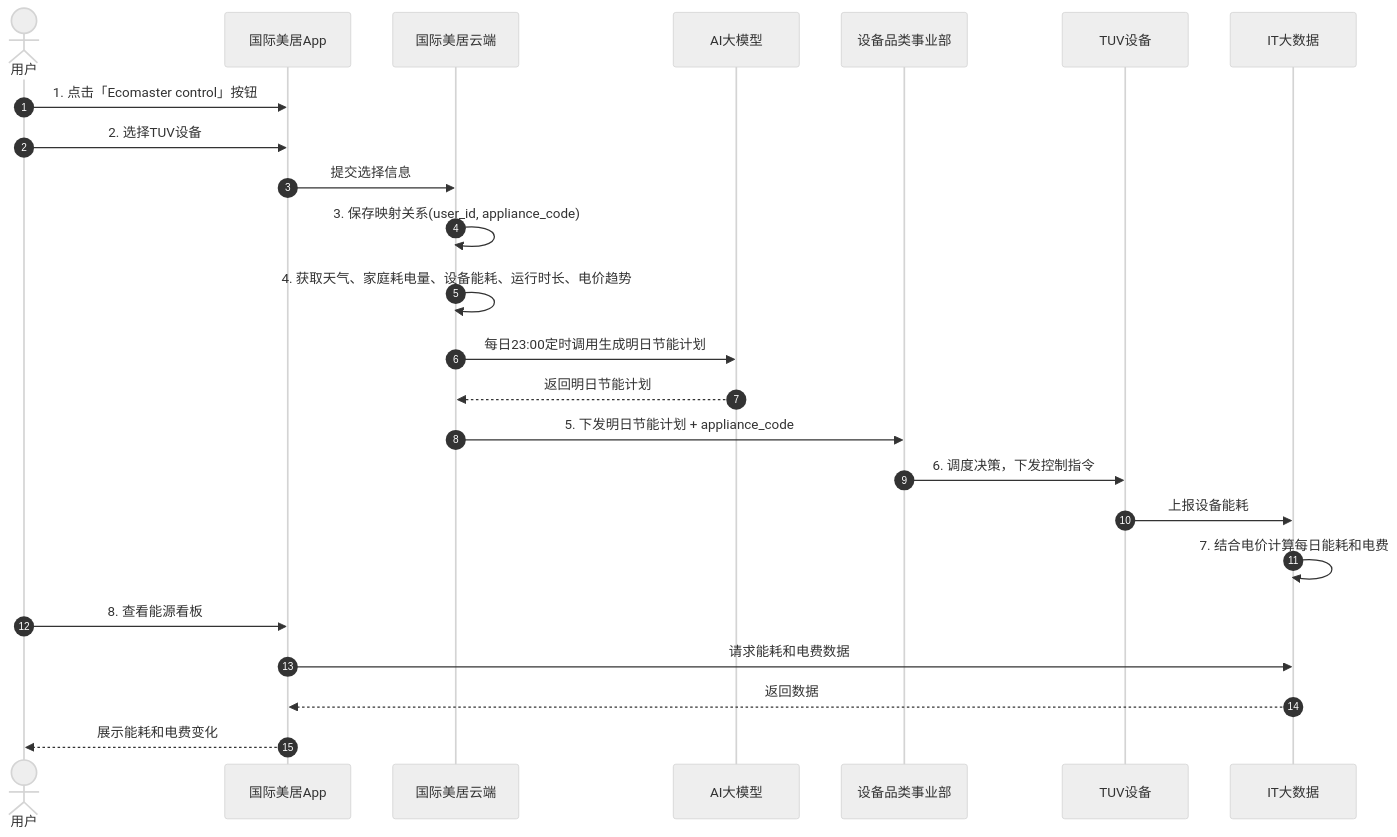
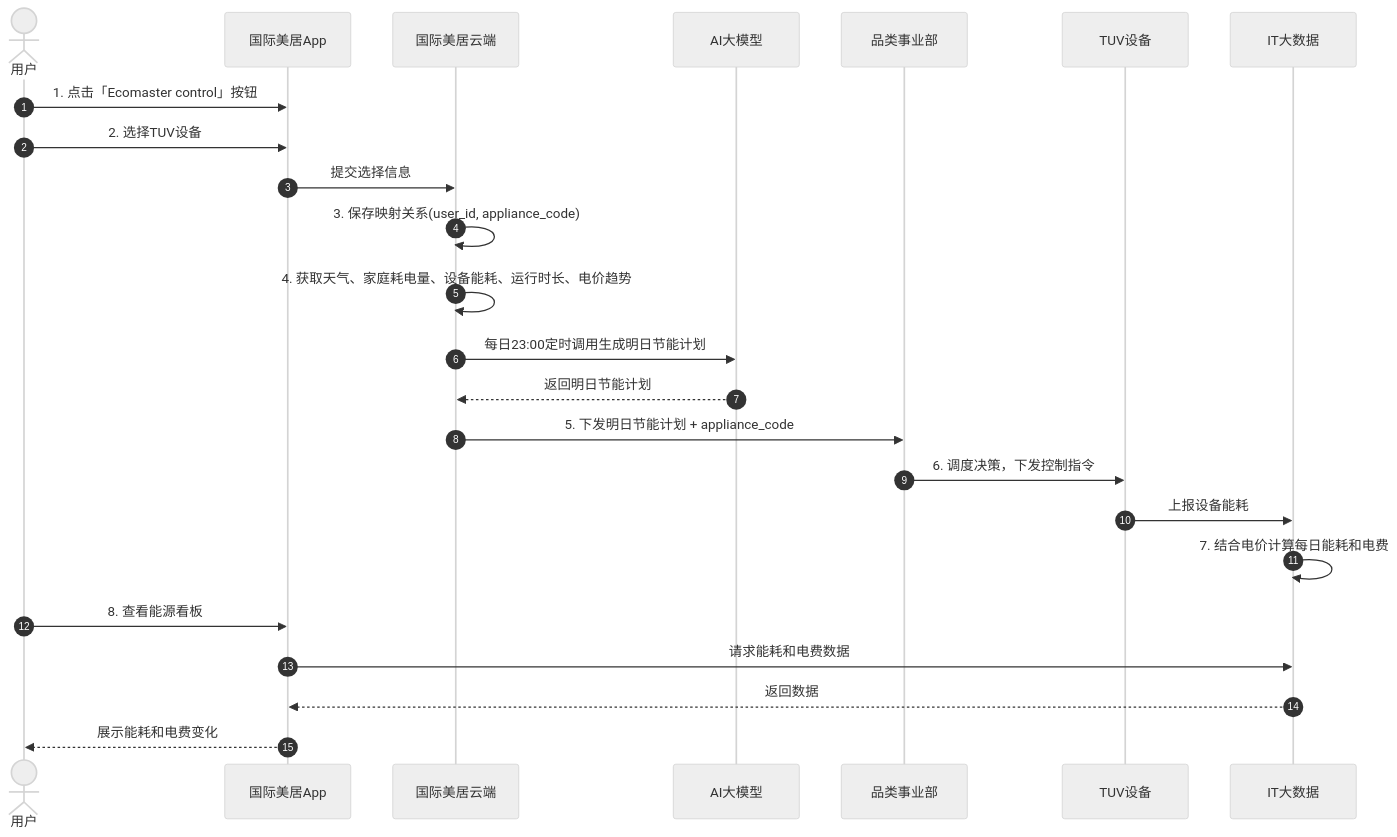
One commit to ixiaoyang8/iodraw-files changed the diagram in all/未命名-19.md. Above: the diagram before and after it, drawn with Mermaid (neutral theme).

Commit message:
2026-09-16 13:34:29 update

````diff
--- a/all/未命名-19.md
+++ b/all/未命名-19.md
@@ -1,28 +1,28 @@
 ```mermaid
 sequenceDiagram
     autonumber
     actor 用户 as 用户
     participant App as 国际美居App
     participant Cloud as 国际美居云端
     participant AI as AI大模型
-    participant Division as 设备品类事业部
+    participant Division as 品类事业部
     participant Device as TUV设备
     participant BigData as IT大数据
 
     用户->>App: 1. 点击「Ecomaster control」按钮
     用户->>App: 2. 选择TUV设备
     App->>Cloud: 提交选择信息
     Cloud->>Cloud: 3. 保存映射关系(user_id, appliance_code)
     Cloud->>Cloud: 4. 获取天气、家庭耗电量、设备能耗、运行时长、电价趋势
     Cloud->>AI: 每日23:00定时调用生成明日节能计划
     AI-->>Cloud: 返回明日节能计划
     Cloud->>Division: 5. 下发明日节能计划 + appliance_code
     Division->>Device: 6. 调度决策，下发控制指令
     Device->>BigData: 上报设备能耗
     BigData->>BigData: 7. 结合电价计算每日能耗和电费
     用户->>App: 8. 查看能源看板
     App->>BigData: 请求能耗和电费数据
     BigData-->>App: 返回数据
     App-->>用户: 展示能耗和电费变化
 
 ```
````
